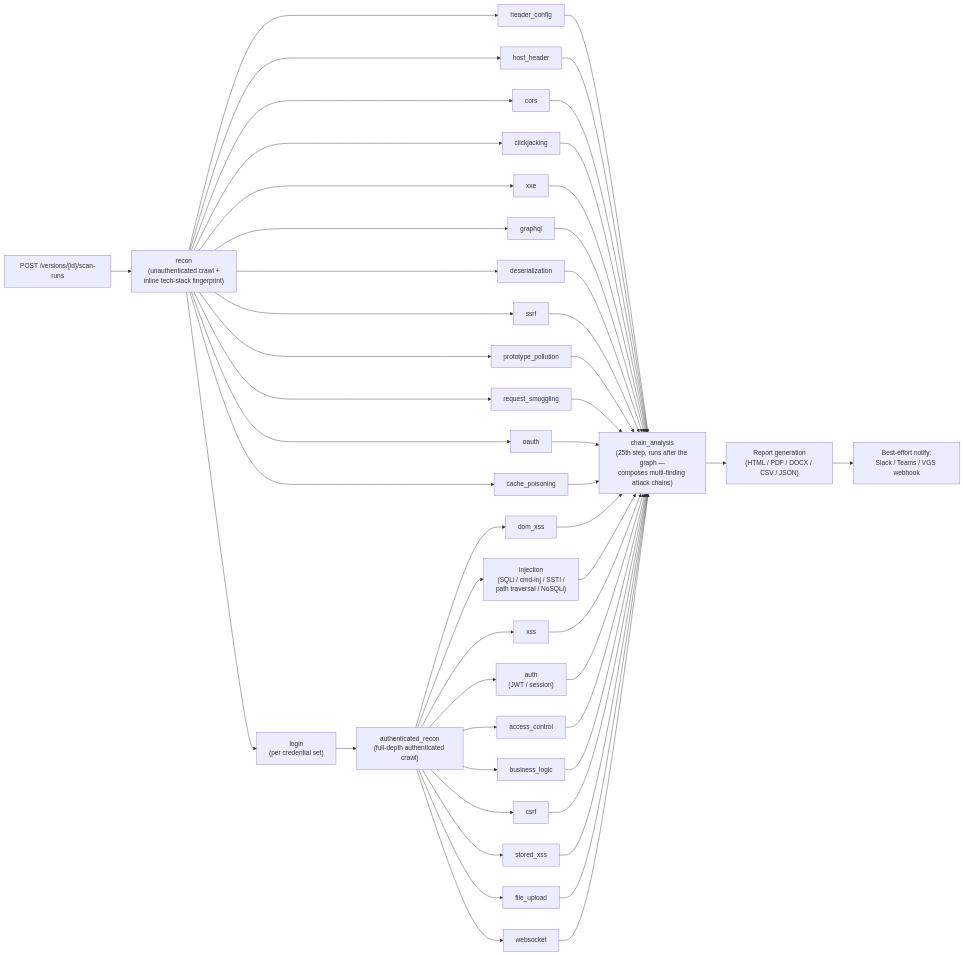
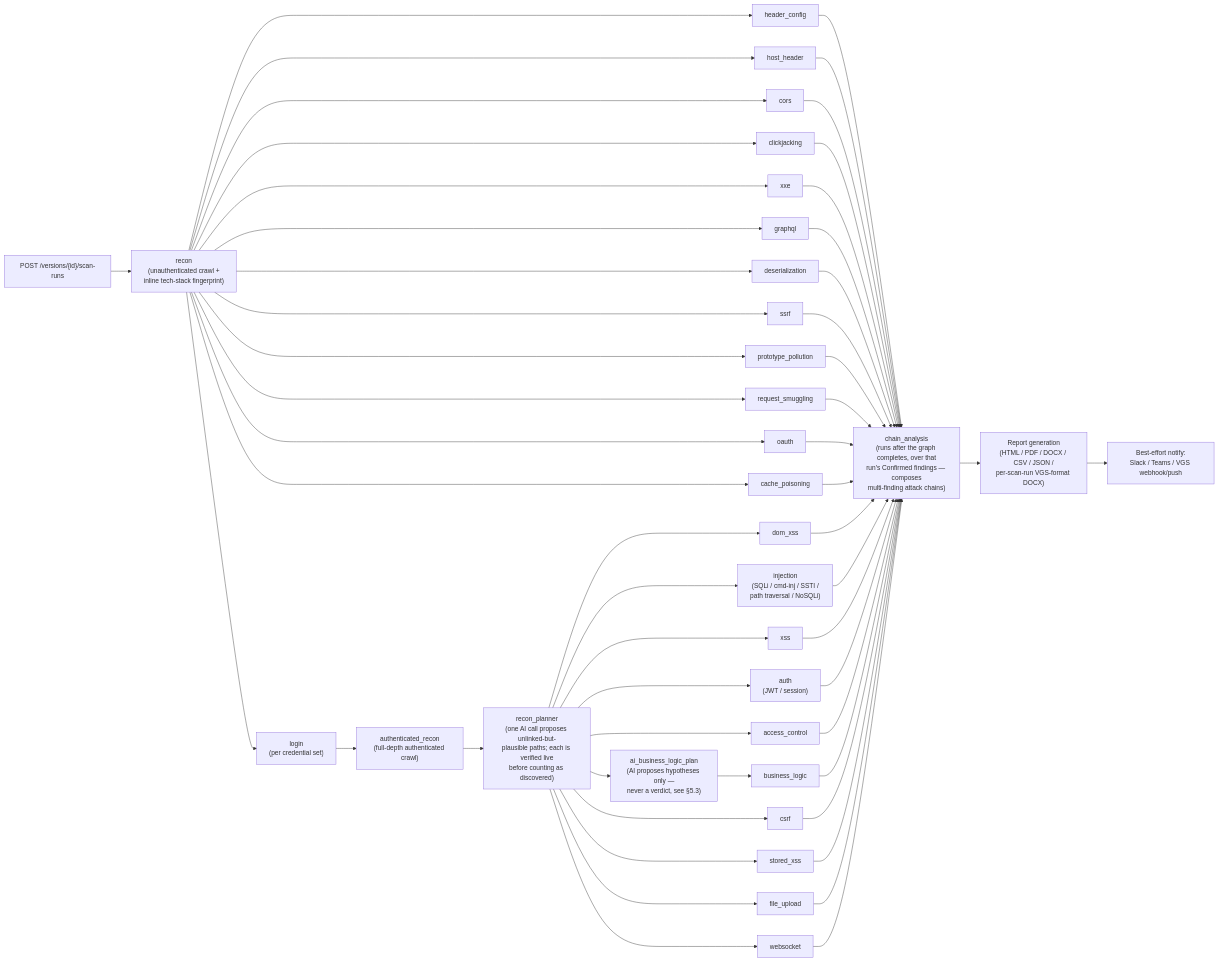
One commit to mudigondabhanu85/verdikt changed the diagram in docs/architecture-overview/diagrams/03_scan_lifecycle.mmd. Above: the diagram before and after it, drawn with Mermaid. The commit also changed 8 other files, not shown here.

```diff
--- a/docs/architecture-overview/diagrams/03_scan_lifecycle.mmd
+++ b/docs/architecture-overview/diagrams/03_scan_lifecycle.mmd
@@ -1,30 +1,32 @@
 flowchart LR
     A["POST /versions/{id}/scan-runs"] --> B["recon<br/>(unauthenticated crawl +<br/>inline tech-stack fingerprint)"]
     B --> U1["header_config"]
     B --> U2["host_header"]
     B --> U3["cors"]
     B --> U4["clickjacking"]
     B --> U5["xxe"]
     B --> U6["graphql"]
     B --> U7["deserialization"]
     B --> U8["ssrf"]
     B --> U9["prototype_pollution"]
     B --> U10["request_smuggling"]
     B --> U11["oauth"]
     B --> U12["cache_poisoning"]
     B --> L["login<br/>(per credential set)"]
     L --> E["authenticated_recon<br/>(full-depth authenticated crawl)"]
-    E --> A1["dom_xss"]
-    E --> A2["injection<br/>(SQLi / cmd-inj / SSTI /<br/>path traversal / NoSQLi)"]
-    E --> A3["xss"]
-    E --> A4["auth<br/>(JWT / session)"]
-    E --> A5["access_control"]
-    E --> A6["business_logic"]
-    E --> A7["csrf"]
-    E --> A8["stored_xss"]
-    E --> A9["file_upload"]
-    E --> A10["websocket"]
+    E --> P["recon_planner<br/>(one AI call proposes unlinked-but-<br/>plausible paths; each is verified live<br/>before counting as discovered)"]
+    P --> A1["dom_xss"]
+    P --> A2["injection<br/>(SQLi / cmd-inj / SSTI /<br/>path traversal / NoSQLi)"]
+    P --> A3["xss"]
+    P --> A4["auth<br/>(JWT / session)"]
+    P --> A5["access_control"]
+    P --> BP["ai_business_logic_plan<br/>(AI proposes hypotheses only —<br/>never a verdict, see §5.3)"]
+    BP --> A6["business_logic"]
+    P --> A7["csrf"]
+    P --> A8["stored_xss"]
+    P --> A9["file_upload"]
+    P --> A10["websocket"]
     U1 & U2 & U3 & U4 & U5 & U6 & U7 & U8 & U9 & U10 & U11 & U12 --> G
-    A1 & A2 & A3 & A4 & A5 & A6 & A7 & A8 & A9 & A10 --> G["chain_analysis<br/>(25th step, runs after the graph —<br/>composes multi-finding attack chains)"]
-    G --> H["Report generation<br/>(HTML / PDF / DOCX / CSV / JSON)"]
-    H --> I["Best-effort notify:<br/>Slack / Teams / VGS webhook"]
+    A1 & A2 & A3 & A4 & A5 & A6 & A7 & A8 & A9 & A10 --> G["chain_analysis<br/>(runs after the graph completes, over that<br/>run's Confirmed findings — composes<br/>multi-finding attack chains)"]
+    G --> H["Report generation<br/>(HTML / PDF / DOCX / CSV / JSON /<br/>per-scan-run VGS-format DOCX)"]
+    H --> I["Best-effort notify:<br/>Slack / Teams / VGS webhook/push"]
```
